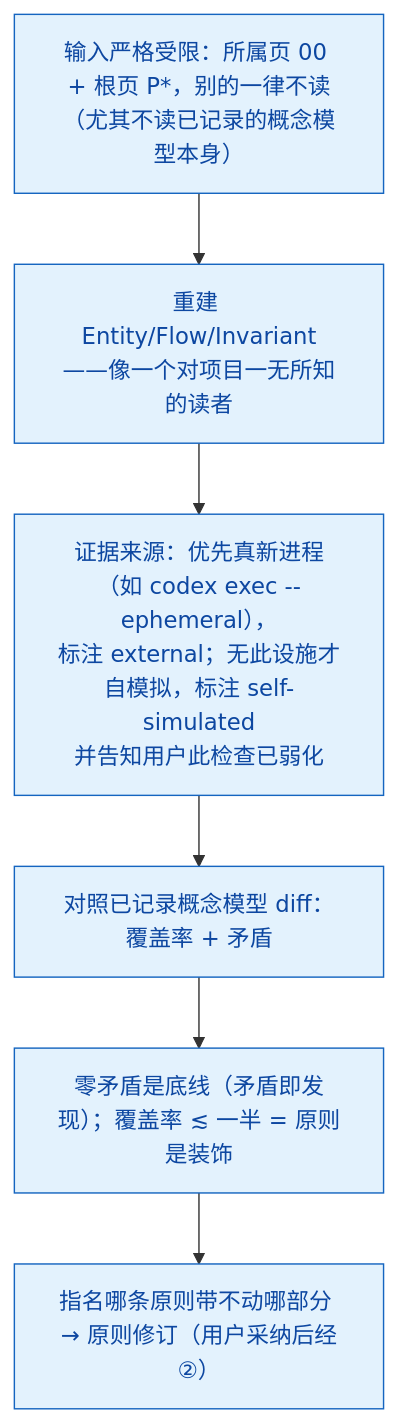
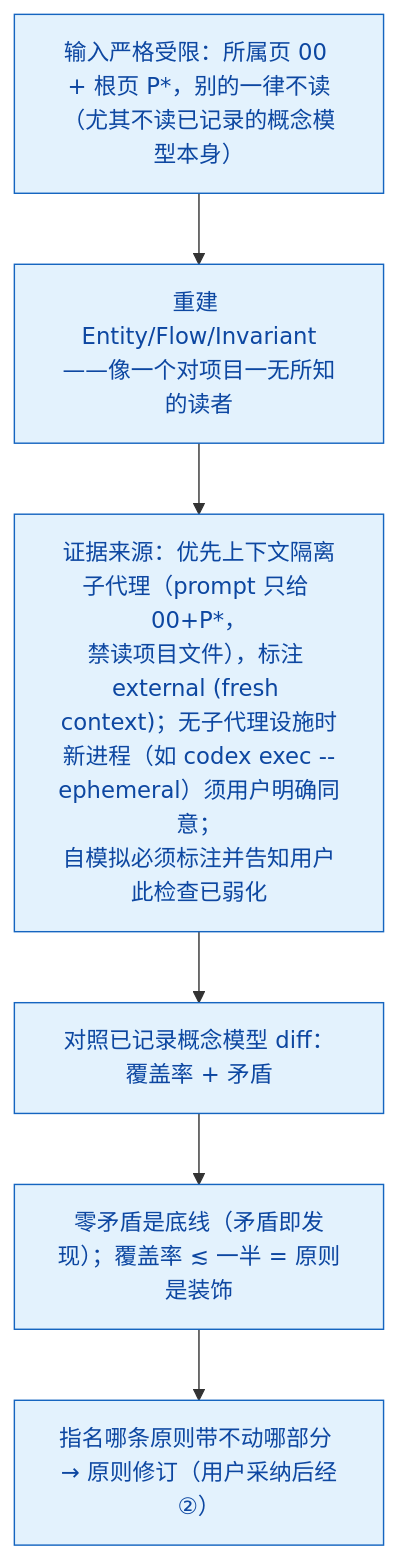
One commit to maxi3777/Keel changed diagram 12 of 13 in docs/MENTAL-MODEL.md. Above: the diagram before and after it, drawn with Mermaid. The commit also changed other lines of this file and 11 other files, not shown here.

````diff
--- a/docs/MENTAL-MODEL.md
+++ b/docs/MENTAL-MODEL.md
@@ -305,11 +306,11 @@
 ```mermaid
 flowchart TD
     INPUT["输入严格受限：所属页 00 + 根页 P*，别的一律不读<br/>（尤其不读已记录的概念模型本身）"]:::ai
     REBUILD["重建 Entity/Flow/Invariant<br/>——像一个对项目一无所知的读者"]:::ai
-    FRESH["证据来源：优先真新进程（如 codex exec --ephemeral），<br/>标注 external；无此设施才自模拟，标注 self-simulated<br/>并告知用户此检查已弱化"]:::ai
+    FRESH["证据来源：优先上下文隔离子代理（prompt 只给 00+P*，<br/>禁读项目文件），标注 external (fresh context)；无子代理设施时<br/>新进程（如 codex exec --ephemeral）须用户明确同意；<br/>自模拟必须标注并告知用户此检查已弱化"]:::ai
     DIFF["对照已记录概念模型 diff：覆盖率 + 矛盾"]:::ai
     BAR["零矛盾是底线（矛盾即发现）；覆盖率 ≲ 一半 = 原则是装饰"]:::ai
     FIX["指名哪条原则带不动哪部分 → 原则修订（用户采纳后经②）"]:::ai
     INPUT --> REBUILD --> FRESH --> DIFF --> BAR --> FIX
     classDef ai fill:#e3f2fd,stroke:#1565c0,color:#0d47a1
 ```
````
